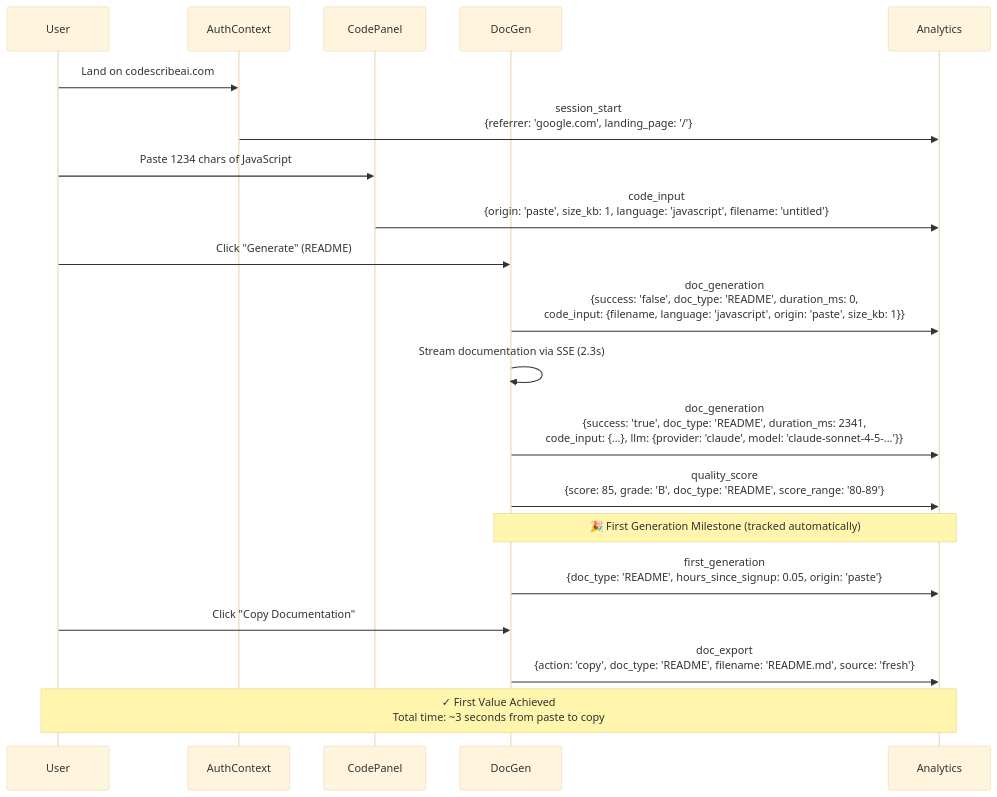
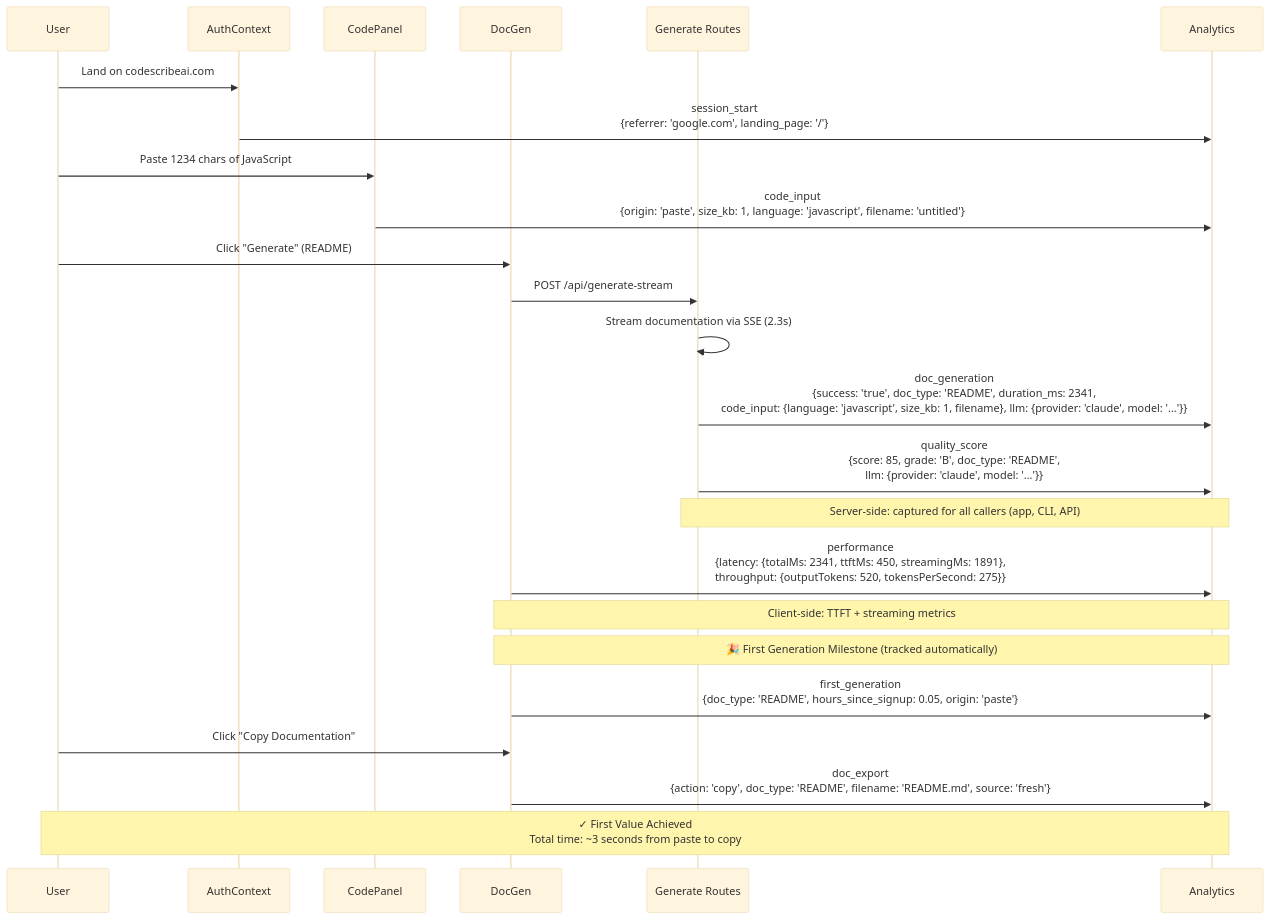
One commit to jmcoleman/codescribe-ai changed the second of 6 diagrams in docs/planning/WORKFLOW-EVENTING-FLOW.md. Above: the diagram before and after it, drawn with Mermaid (base theme). The commit also changed other lines of this file and 32 other files, not shown here.

````diff
--- a/docs/planning/WORKFLOW-EVENTING-FLOW.md
+++ b/docs/planning/WORKFLOW-EVENTING-FLOW.md
@@ -124,31 +129,36 @@
 ```mermaid
 sequenceDiagram
     participant User
     participant AuthContext
     participant CodePanel
     participant DocGen
+    participant API as Generate Routes
     participant Analytics
 
     User->>AuthContext: Land on codescribeai.com
     AuthContext->>Analytics: session_start<br/>{referrer: 'google.com', landing_page: '/'}
 
     User->>CodePanel: Paste 1234 chars of JavaScript
     CodePanel->>Analytics: code_input<br/>{origin: 'paste', size_kb: 1, language: 'javascript', filename: 'untitled'}
 
     User->>DocGen: Click "Generate" (README)
-    DocGen->>Analytics: doc_generation<br/>{success: 'false', doc_type: 'README', duration_ms: 0,<br/>code_input: {filename, language: 'javascript', origin: 'paste', size_kb: 1}}
+    DocGen->>API: POST /api/generate-stream
 
-    DocGen->>DocGen: Stream documentation via SSE (2.3s)
+    API->>API: Stream documentation via SSE (2.3s)
 
-    DocGen->>Analytics: doc_generation<br/>{success: 'true', doc_type: 'README', duration_ms: 2341,<br/>code_input: {...}, llm: {provider: 'claude', model: 'claude-sonnet-4-5-...'}}
+    API->>Analytics: doc_generation<br/>{success: 'true', doc_type: 'README', duration_ms: 2341,<br/>code_input: {language: 'javascript', size_kb: 1, filename}, llm: {provider: 'claude', model: '...'}}
 
-    DocGen->>Analytics: quality_score<br/>{score: 85, grade: 'B', doc_type: 'README', score_range: '80-89'}
+    API->>Analytics: quality_score<br/>{score: 85, grade: 'B', doc_type: 'README',<br/>llm: {provider: 'claude', model: '...'}}
+    Note over API,Analytics: Server-side: captured for all callers (app, CLI, API)
+
+    DocGen->>Analytics: performance<br/>{latency: {totalMs: 2341, ttftMs: 450, streamingMs: 1891},<br/>throughput: {outputTokens: 520, tokensPerSecond: 275}}
+    Note over DocGen,Analytics: Client-side: TTFT + streaming metrics
 
     Note over DocGen,Analytics: 🎉 First Generation Milestone (tracked automatically)
     DocGen->>Analytics: first_generation<br/>{doc_type: 'README', hours_since_signup: 0.05, origin: 'paste'}
 
     User->>DocGen: Click "Copy Documentation"
     DocGen->>Analytics: doc_export<br/>{action: 'copy', doc_type: 'README', filename: 'README.md', source: 'fresh'}
 
     Note over User,Analytics: ✓ First Value Achieved<br/>Total time: ~3 seconds from paste to copy
 ```
````
